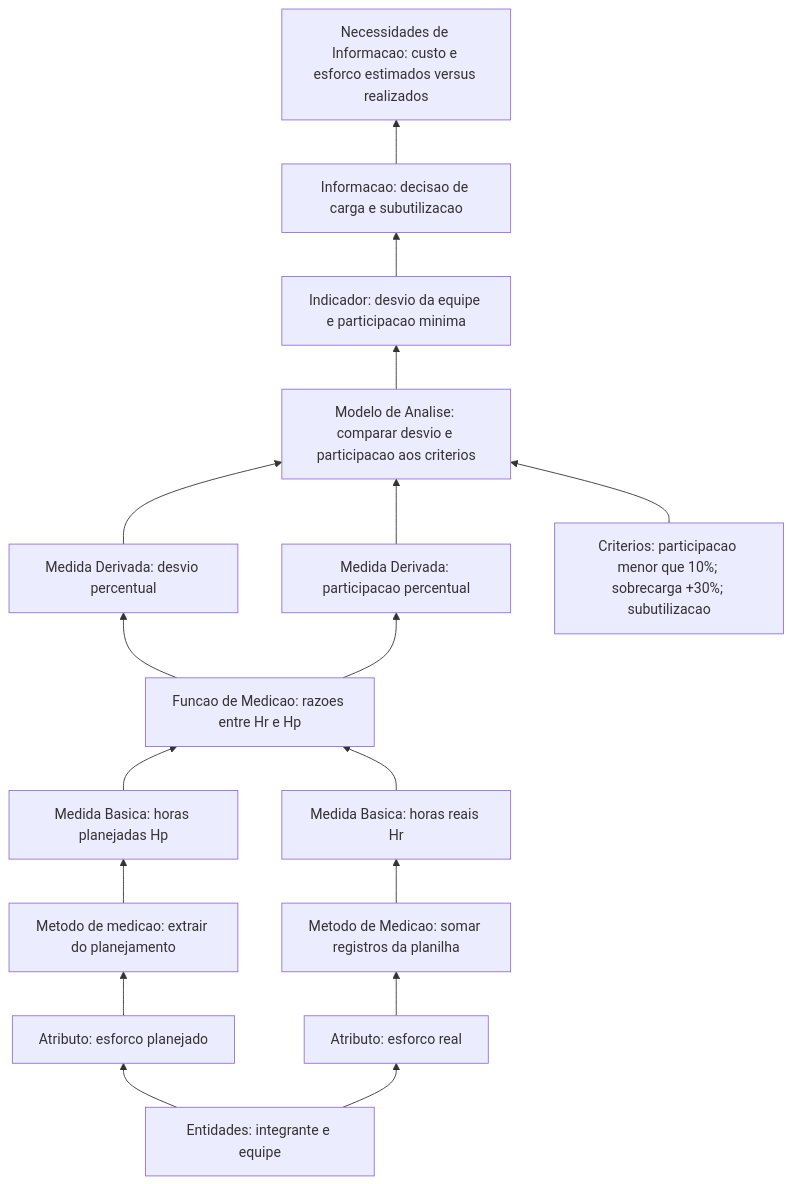
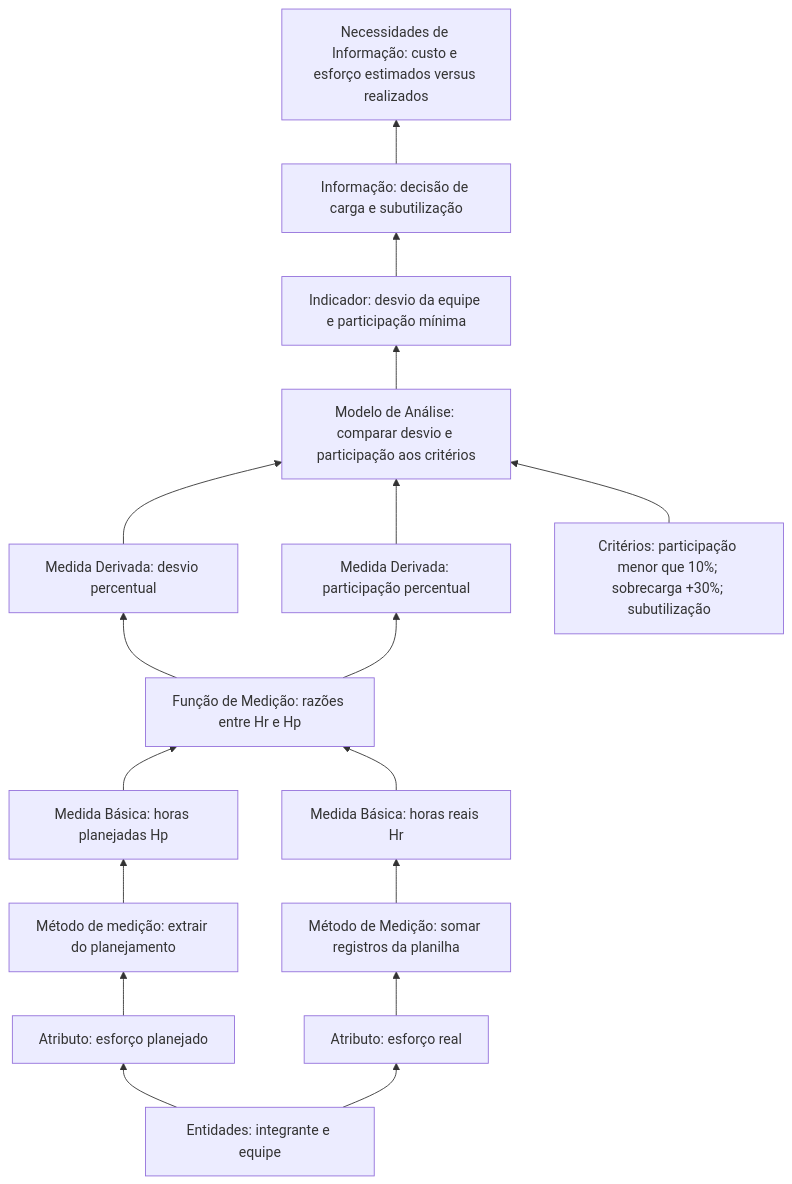
The first of 2 diagrams in docs/gestao-psm/recursos-e-custos.md (FCTE-Qualidade-de-Software-1/2026-2_T01_BETTY_SNYDER), drawn with Mermaid before and after one commit. The commit also changed other lines of this file and 2 other files, not shown here.

Commit message:
docs(psm): acentua rotulos UTF-8 nos diagramas das categorias

````diff
--- a/docs/gestao-psm/recursos-e-custos.md
+++ b/docs/gestao-psm/recursos-e-custos.md
@@ -21,34 +21,34 @@
 ```mermaid
 flowchart BT
-  need["Necessidades de Informacao: custo e esforco estimados versus realizados"]
-  info["Informacao: decisao de carga e subutilizacao"]
-  ind["Indicador: desvio da equipe e participacao minima"]
-  analise["Modelo de Analise: comparar desvio e participacao aos criterios"]
-  crit["Criterios: participacao menor que 10%; sobrecarga +30%; subutilizacao"]
+  need["Necessidades de Informação: custo e esforço estimados versus realizados"]
+  info["Informação: decisão de carga e subutilização"]
+  ind["Indicador: desvio da equipe e participação mínima"]
+  analise["Modelo de Análise: comparar desvio e participação aos critérios"]
+  crit["Critérios: participação menor que 10%; sobrecarga +30%; subutilização"]
   md1["Medida Derivada: desvio percentual"]
-  md2["Medida Derivada: participacao percentual"]
-  func["Funcao de Medicao: razoes entre Hr e Hp"]
-  mb1["Medida Basica: horas planejadas Hp"]
-  mb2["Medida Basica: horas reais Hr"]
-  met1["Metodo de medicao: extrair do planejamento"]
-  met2["Metodo de Medicao: somar registros da planilha"]
-  attr1["Atributo: esforco planejado"]
-  attr2["Atributo: esforco real"]
+  md2["Medida Derivada: participação percentual"]
+  func["Função de Medição: razões entre Hr e Hp"]
+  mb1["Medida Básica: horas planejadas Hp"]
+  mb2["Medida Básica: horas reais Hr"]
+  met1["Método de medição: extrair do planejamento"]
+  met2["Método de Medição: somar registros da planilha"]
+  attr1["Atributo: esforço planejado"]
+  attr2["Atributo: esforço real"]
   ent["Entidades: integrante e equipe"]
   ent --> attr1
   ent --> attr2
   attr1 --> met1
   attr2 --> met2
   met1 --> mb1
   met2 --> mb2
   mb1 --> func
   mb2 --> func
   func --> md1
   func --> md2
   md1 --> analise
   md2 --> analise
   crit --> analise
   analise --> ind
   ind --> info
   info --> need
 ```
````
